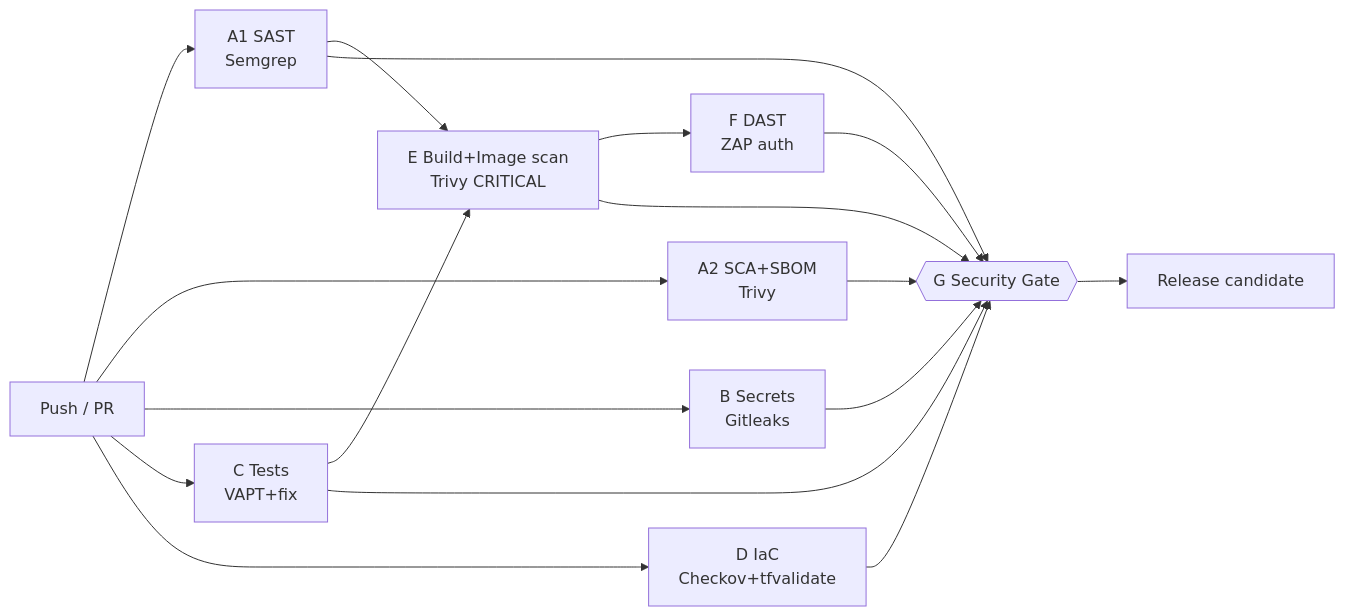
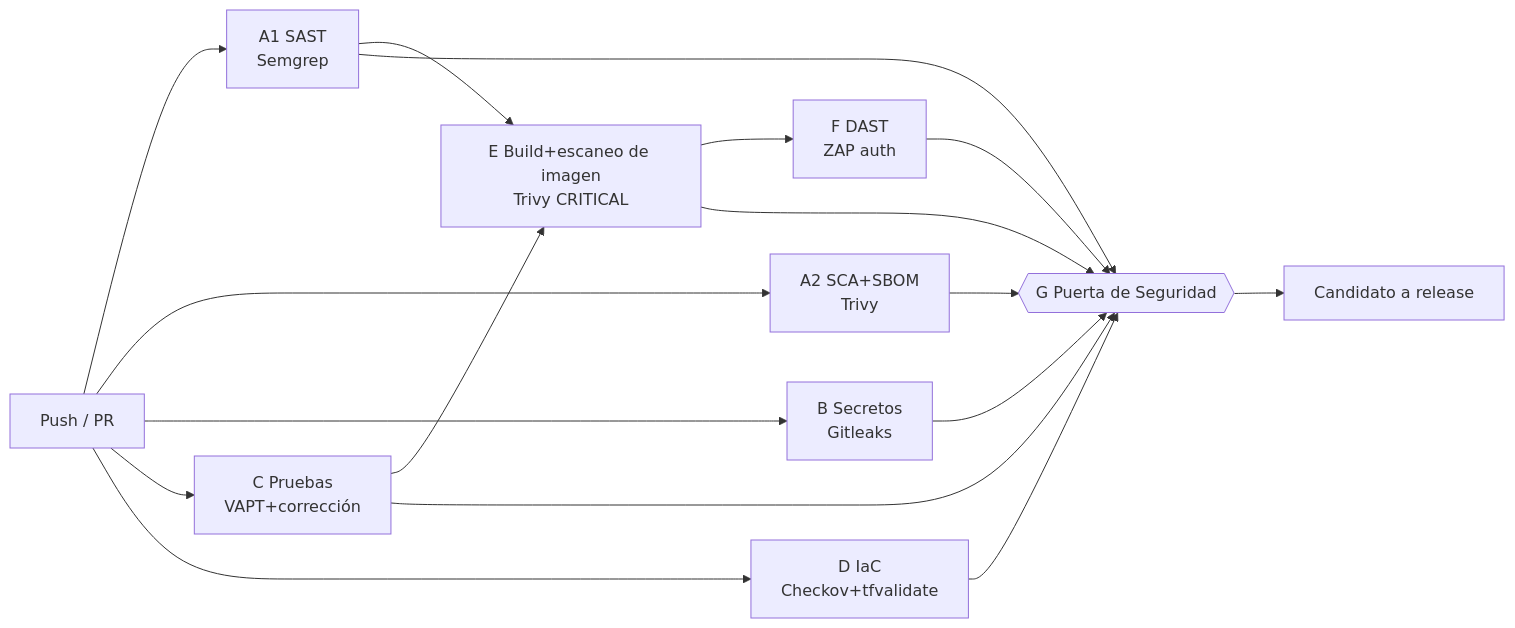
One commit to heilymarcen16rs/fleetsec-security-SM-LC changed the third of 3 diagrams in docs/diagrams/architecture.md. Above: the diagram before and after it, drawn with Mermaid. The commit also changed other lines of this file and 12 other files, not shown here.

````diff
--- a/docs/diagrams/architecture.md
+++ b/docs/diagrams/architecture.md
@@ -98,19 +98,19 @@
 ```mermaid
 flowchart LR
     push[Push / PR] --> sast[A1 SAST<br/>Semgrep]
     push --> sca[A2 SCA+SBOM<br/>Trivy]
-    push --> sec[B Secrets<br/>Gitleaks]
-    push --> tst[C Tests<br/>VAPT+fix]
+    push --> sec[B Secretos<br/>Gitleaks]
+    push --> tst[C Pruebas<br/>VAPT+corrección]
     push --> iac[D IaC<br/>Checkov+tfvalidate]
-    sast --> build[E Build+Image scan<br/>Trivy CRITICAL]
+    sast --> build[E Build+escaneo de imagen<br/>Trivy CRITICAL]
     tst --> build
     build --> dast[F DAST<br/>ZAP auth]
-    sast --> gate{{G Security Gate}}
+    sast --> gate{{G Puerta de Seguridad}}
     sca --> gate
     sec --> gate
     tst --> gate
     iac --> gate
     build --> gate
     dast --> gate
-    gate --> rel[Release candidate]
+    gate --> rel[Candidato a release]
 ```
````
